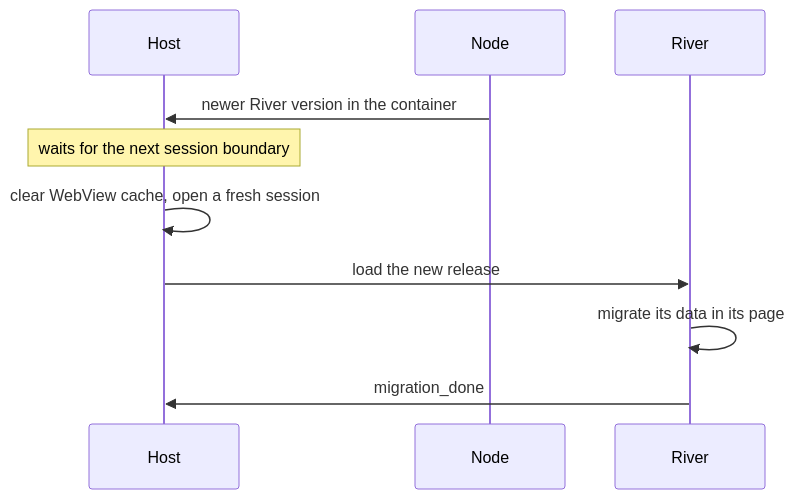
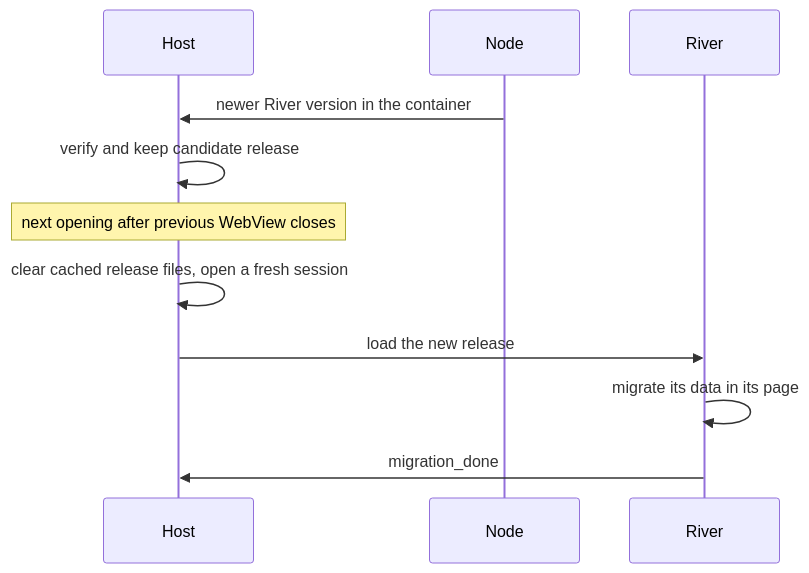
The first of 2 diagrams in 1-freenet-mobile-appkit/03-host.md (EVY-Platform/evy-freenet-plans), drawn with Mermaid before and after one commit. The commit also changed other lines of this file and 1 other file, not shown here.

````diff
--- a/1-freenet-mobile-appkit/03-host.md
+++ b/1-freenet-mobile-appkit/03-host.md
@@ -115,12 +133,13 @@
 ```mermaid
 sequenceDiagram
   participant Host
   participant Node
   participant River
   Node->>Host: newer River version in the container
-  Note over Host: waits for the next session boundary
-  Host->>Host: clear WebView cache, open a fresh session
+  Host->>Host: verify and keep candidate release
+  Note over Host: next opening after previous WebView closes
+  Host->>Host: clear cached release files, open a fresh session
   Host->>River: load the new release
   River->>River: migrate its data in its page
   River->>Host: migration_done
 ```
````
